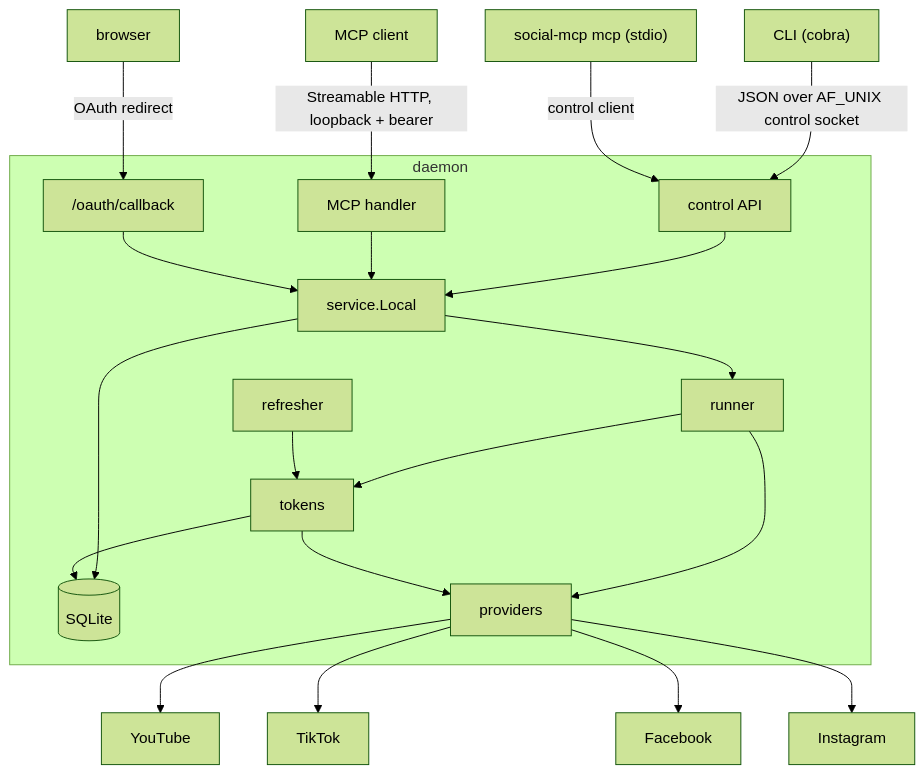
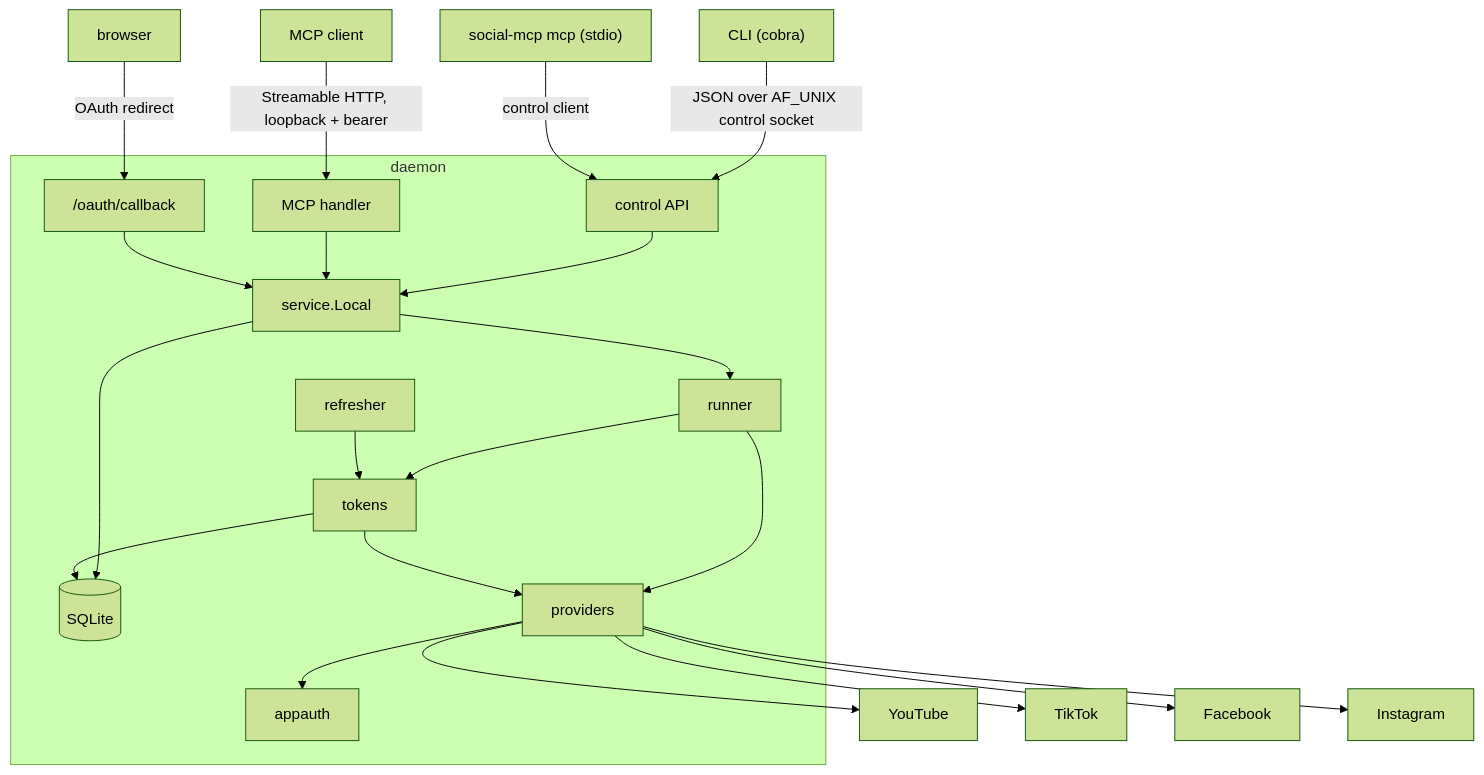
The diagram in docs/architecture.md (nhatnam1507/social-mcp), drawn with Mermaid (forest theme) before and after one commit. The commit also changed other lines of this file and 2 other files, not shown here.

Commit message:
docs: describe zero-setup sign-in and the maintainer's app and secret setup

````diff
--- a/docs/architecture.md
+++ b/docs/architecture.md
@@ -5,20 +5,21 @@
 ```mermaid
 flowchart TD
   CLI["CLI (cobra)"] -->|JSON over AF_UNIX control socket| CTRL[control API]
   STDIO["social-mcp mcp (stdio)"] -->|control client| CTRL
   AGENT[MCP client] -->|"Streamable HTTP, loopback + bearer"| MCPH[MCP handler]
   BROWSER[browser] -->|OAuth redirect| CB["/oauth/callback"]
   subgraph daemon
     CTRL --> SVC[service.Local]
     MCPH --> SVC
     CB --> SVC
     SVC --> RUN[runner]
     SVC --> STORE[(SQLite)]
     RUN --> TOK[tokens]
     REF[refresher] --> TOK
     TOK --> STORE
     RUN --> PROV[providers]
     TOK --> PROV
+    PROV --> APP[appauth]
   end
   PROV --> YT[YouTube] & TT[TikTok] & FB[Facebook] & IG[Instagram]
 ```
````
